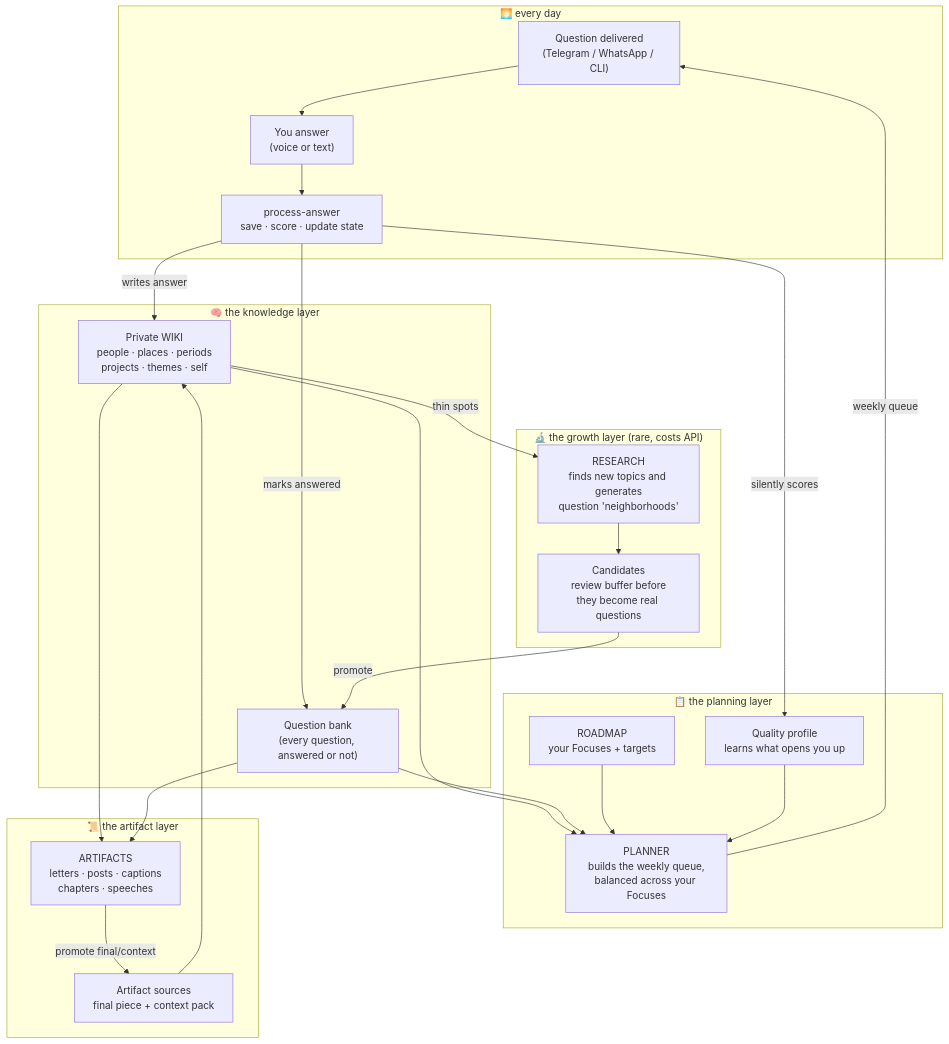
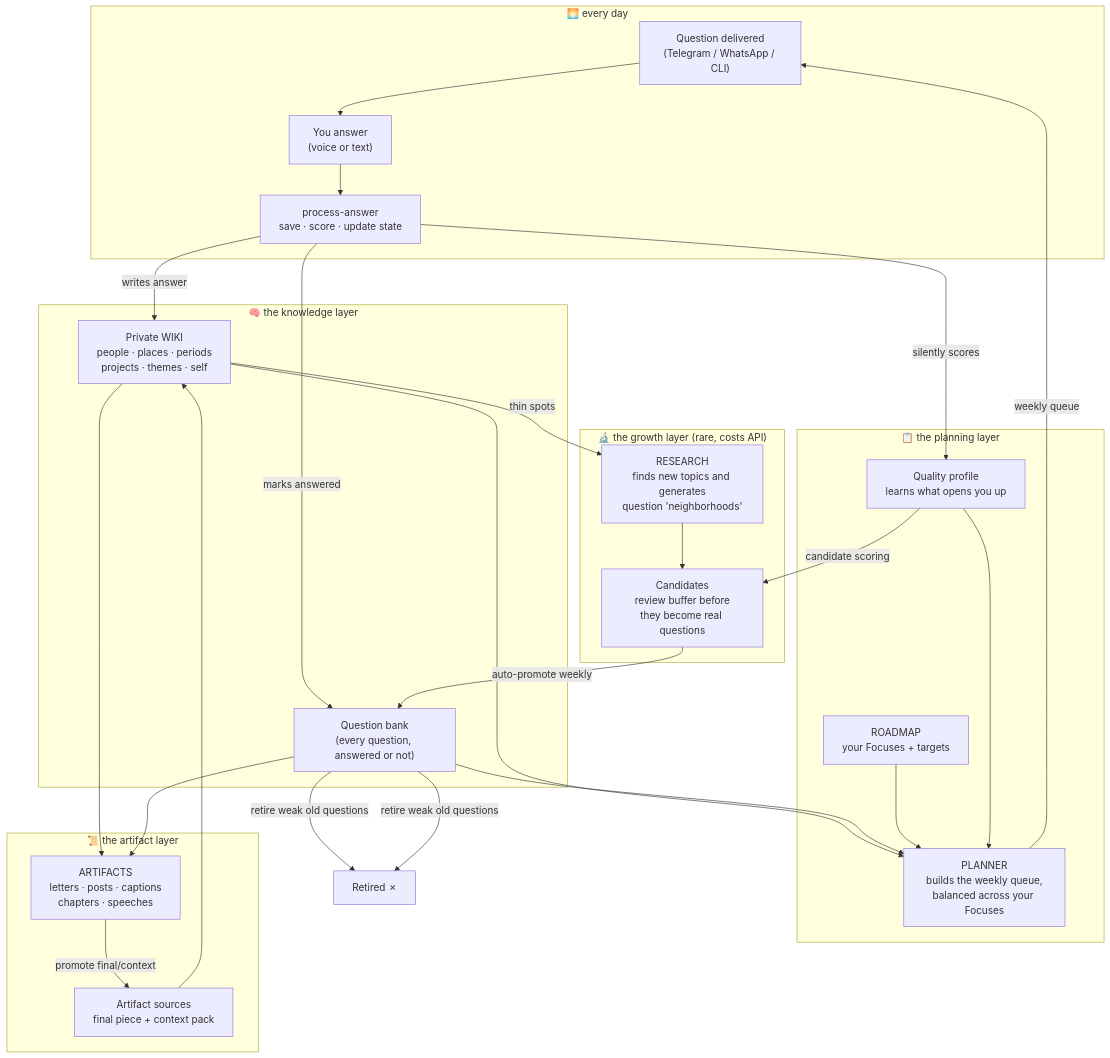
One commit to lifehug/lifehug changed the first of 9 diagrams in README.md. Above: the diagram before and after it, drawn with Mermaid. The commit also changed other lines of this file and 1 other file, not shown here.

Commit message:
v25: README updated to reflect autonomous quality loop (v24 auto-promotion + issue #14)

````diff
--- a/README.md
+++ b/README.md
@@ -33,47 +33,50 @@
 ```mermaid
 flowchart TB
     subgraph daily["🌅 every day"]
         Q["Question delivered<br/>(Telegram / WhatsApp / CLI)"]
         A["You answer<br/>(voice or text)"]
         P["process-answer<br/>save · score · update state"]
         Q --> A --> P
     end
 
     subgraph brain["🧠 the knowledge layer"]
         W["Private WIKI<br/>people · places · periods<br/>projects · themes · self"]
         QB["Question bank<br/>(every question, answered or not)"]
     end
 
     subgraph think["📋 the planning layer"]
         PL["PLANNER<br/>builds the weekly queue,<br/>balanced across your Focuses"]
         RM["ROADMAP<br/>your Focuses + targets"]
         QP["Quality profile<br/>learns what opens you up"]
     end
 
     subgraph grow["🔬 the growth layer (rare, costs API)"]
         RE["RESEARCH<br/>finds new topics and generates<br/>question 'neighborhoods'"]
         CA["Candidates<br/>review buffer before<br/>they become real questions"]
     end
 
     subgraph make["📜 the artifact layer"]
         OUT["ARTIFACTS<br/>letters · posts · captions<br/>chapters · speeches"]
         SRC["Artifact sources<br/>final piece + context pack"]
     end
 
     P -->|writes answer| W
     P -->|marks answered| QB
     P -->|silently scores| QP
     W --> PL
     QB --> PL
     RM --> PL
     QP --> PL
     PL -->|weekly queue| Q
     W -->|thin spots| RE
     RE --> CA
-    CA -->|promote| QB
+    CA -->|auto-promote weekly| QB
+    QB -->|retire weak old questions| RETIRED["Retired ✗"]
 
     W --> OUT
     QB --> OUT
     OUT -->|promote final/context| SRC
     SRC --> W
+    QP -->|candidate scoring| CA
+    QB -->|retire weak old questions| RETIRED["Retired ✗"]
 ```
````
